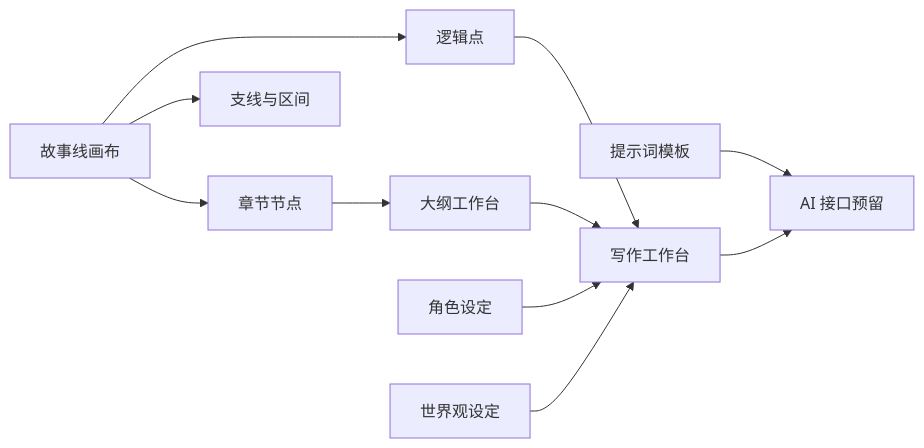
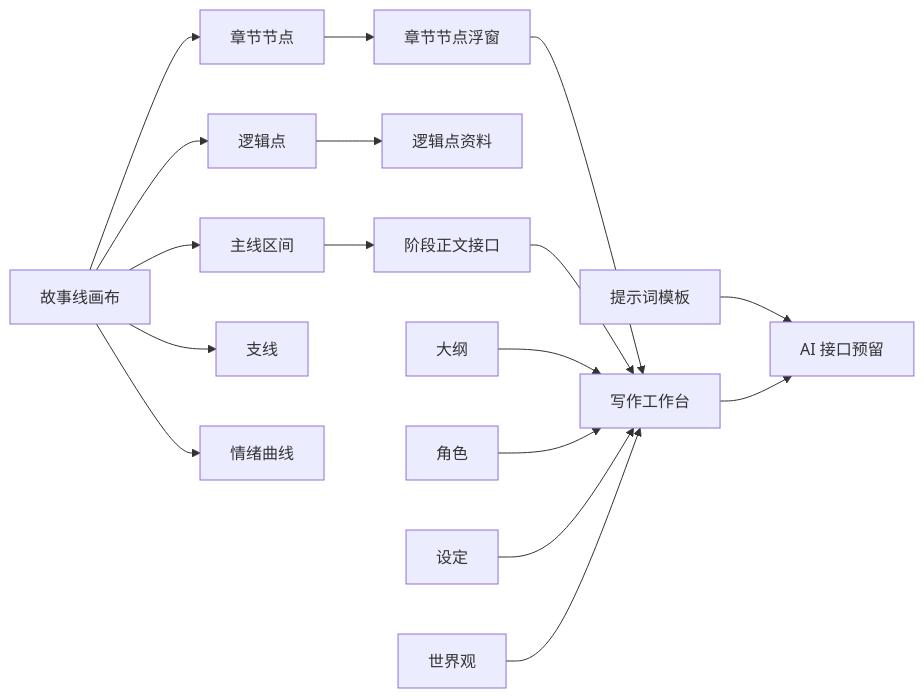
The diagram in README.md (qixinghhao-lab/visual-novel-map), drawn with Mermaid before and after one commit. The commit also changed other lines of this file and 5 other files, not shown here.

````diff
--- a/README.md
+++ b/README.md
@@ -9,13 +24,19 @@
 ```mermaid
 flowchart LR
   A["故事线画布"] --> B["章节节点"]
   A --> C["逻辑点"]
-  A --> D["支线与区间"]
-  B --> E["大纲工作台"]
-  C --> F["写作工作台"]
-  E --> F
-  G["角色设定"] --> F
-  H["世界观设定"] --> F
-  I["提示词模板"] --> J["AI 接口预留"]
-  F --> J
+  A --> D["主线区间"]
+  A --> E["支线"]
+  A --> F["情绪曲线"]
+  B --> G["章节节点浮窗"]
+  C --> H["逻辑点资料"]
+  D --> I["阶段正文接口"]
+  G --> J["写作工作台"]
+  I --> J
+  K["大纲"] --> J
+  L["角色"] --> J
+  M["设定"] --> J
+  N["世界观"] --> J
+  O["提示词模板"] --> P["AI 接口预留"]
+  J --> P
 ```
````
